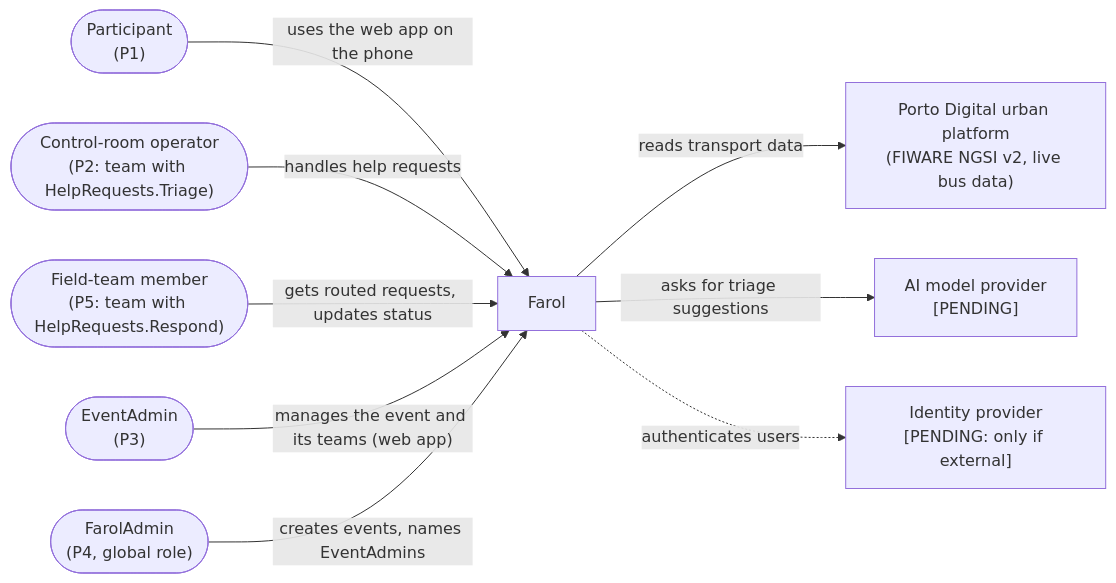
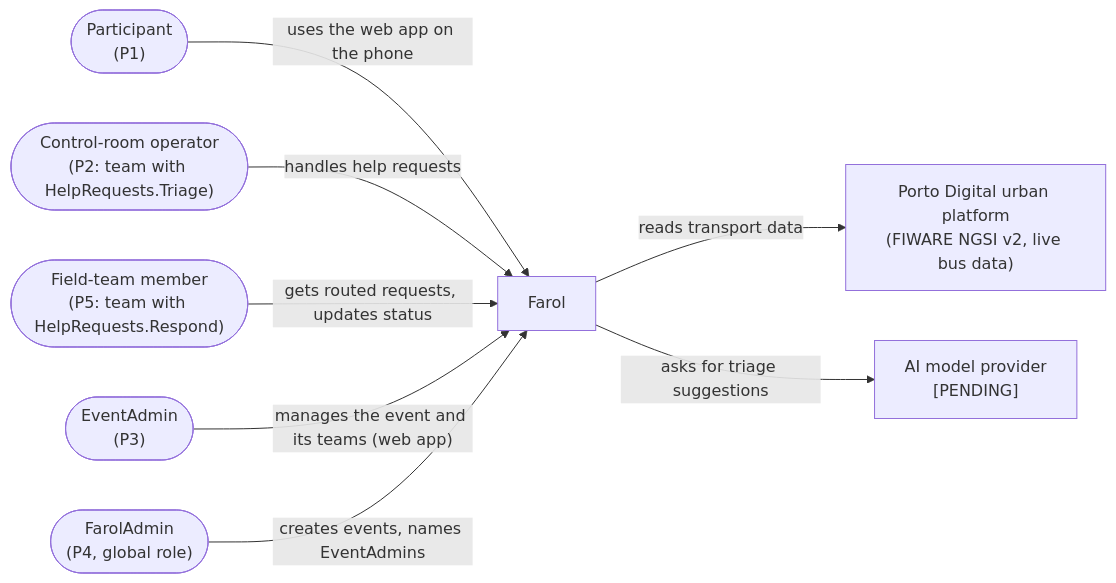
The first of 2 diagrams in Docs/Technical/architecture.md (tomasoliveira21/LABDSOF), drawn with Mermaid before and after one commit. The commit also changed other lines of this file and 35 other files, not shown here.

Commit message:
docs (#133): Update the architecture diagrams and align architecture.md, ADR-003, ADR-009 and the guide with the diagrams

````diff
--- a/Docs/Technical/architecture.md
+++ b/Docs/Technical/architecture.md
@@ -27,21 +27,19 @@
 ```mermaid
 flowchart LR
     P(["Participant<br/>(P1)"])
     O(["Control-room operator<br/>(P2: team with HelpRequests.Triage)"])
     R(["Field-team member<br/>(P5: team with HelpRequests.Respond)"])
     A(["EventAdmin<br/>(P3)"])
     PA(["FarolAdmin<br/>(P4, global role)"])
     SYS["Farol"]
     TR["Porto Digital urban platform<br/>(FIWARE NGSI v2, live bus data)"]
     LLM["AI model provider<br/>[PENDING]"]
-    IDP["Identity provider<br/>[PENDING: only if external]"]
 
     P -- "uses the web app on the phone" --> SYS
     O -- "handles help requests" --> SYS
     R -- "gets routed requests, updates status" --> SYS
     A -- "manages the event and its teams (web app)" --> SYS
     PA -- "creates events, names EventAdmins" --> SYS
     SYS -- "reads transport data" --> TR
     SYS -- "asks for triage suggestions" --> LLM
-    SYS -. "authenticates users" .-> IDP
 ```
````
